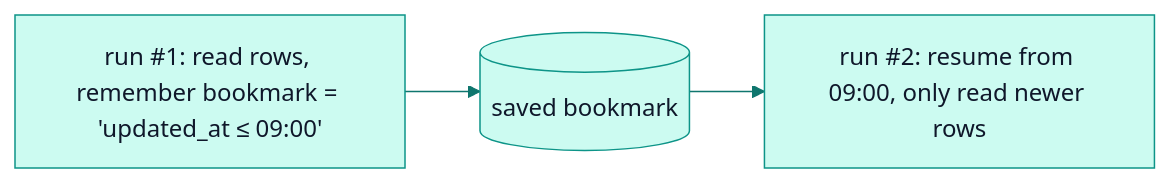
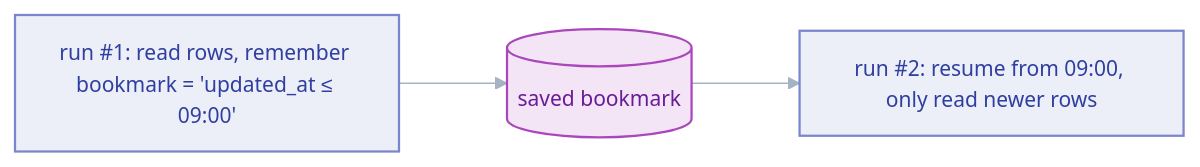
Before and after one commit to PawanSikawat/faucet-stream: the third of 5 diagrams in docs/architecture/learn.md, drawn with Mermaid. The commit also changed other lines of this file and 28 other files, not shown here.

First line of the commit message:
docs: upgrade Mermaid diagrams to V2 role-coded style

````diff
--- a/docs/architecture/learn.md
+++ b/docs/architecture/learn.md
@@ -136,6 +148,10 @@
 ```mermaid
-%%{init: {'theme':'base','themeVariables':{'primaryColor':'#ccfbf1','primaryTextColor':'#0f172a','primaryBorderColor':'#0d9488','lineColor':'#0f766e','secondaryColor':'#e0f2fe','tertiaryColor':'#f0fdfa','fontFamily':'-apple-system,BlinkMacSystemFont,Segoe UI,sans-serif'}}}%%
+%%{init: {'theme':'base','flowchart':{'curve':'basis','nodeSpacing':50,'rankSpacing':72,'padding':14},'themeVariables':{'fontFamily':'-apple-system,BlinkMacSystemFont,Segoe UI,sans-serif','fontSize':'14px','lineColor':'#a5b4c4','clusterBkg':'#f8fafc','clusterBorder':'#e2e8f0'}}}%%
 flowchart LR
     R1["run #1: read rows, remember bookmark = 'updated_at ≤ 09:00'"] --> S[(saved bookmark)]
     S --> R2["run #2: resume from 09:00, only read newer rows"]
+    classDef proc fill:#eceff8,stroke:#7986cb,stroke-width:1.5px,color:#303f9f
+    classDef store fill:#f3e5f5,stroke:#ab47bc,stroke-width:1.5px,color:#6a1b9a
+    class R1,R2 proc
+    class S store
 ```
````
